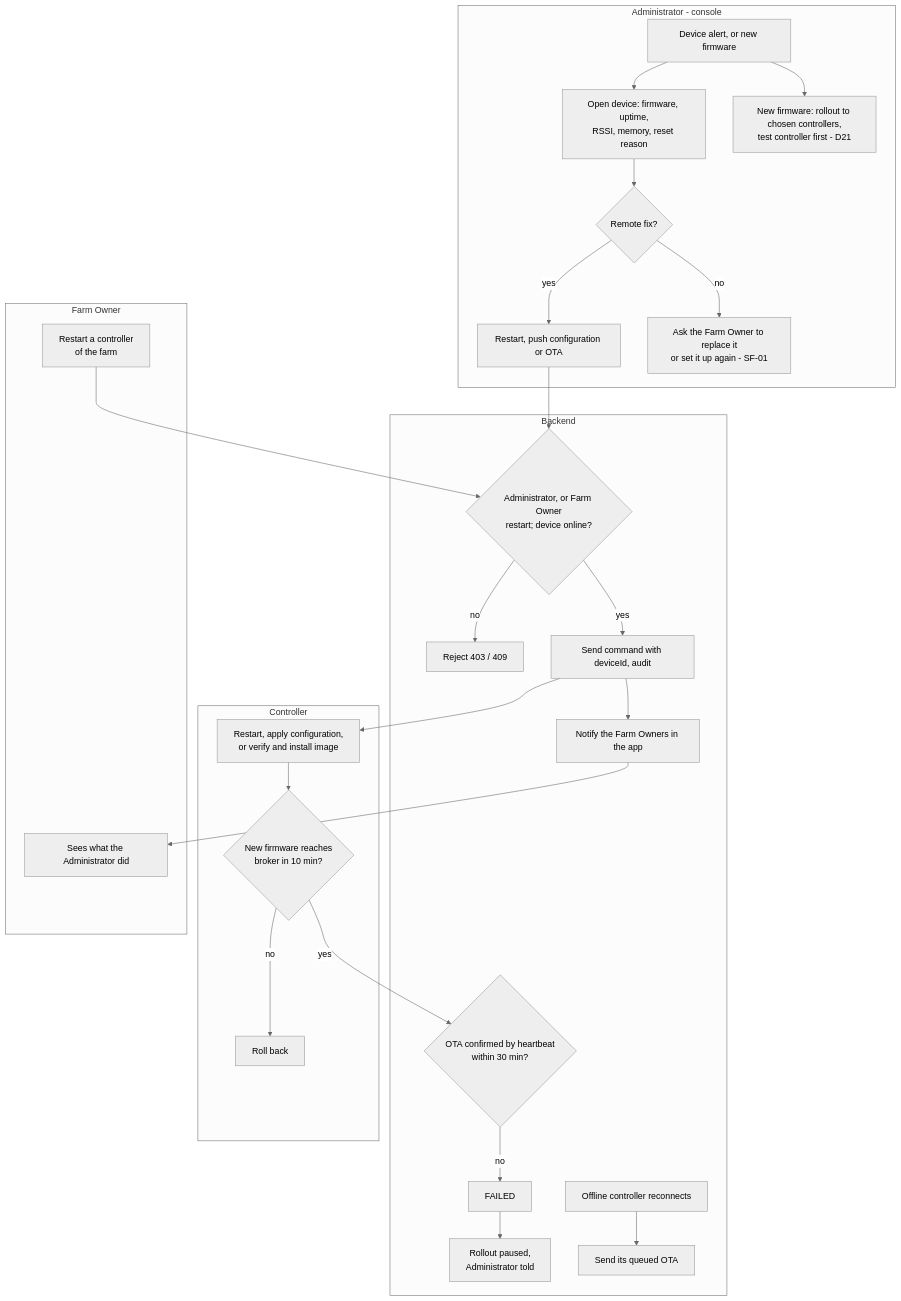
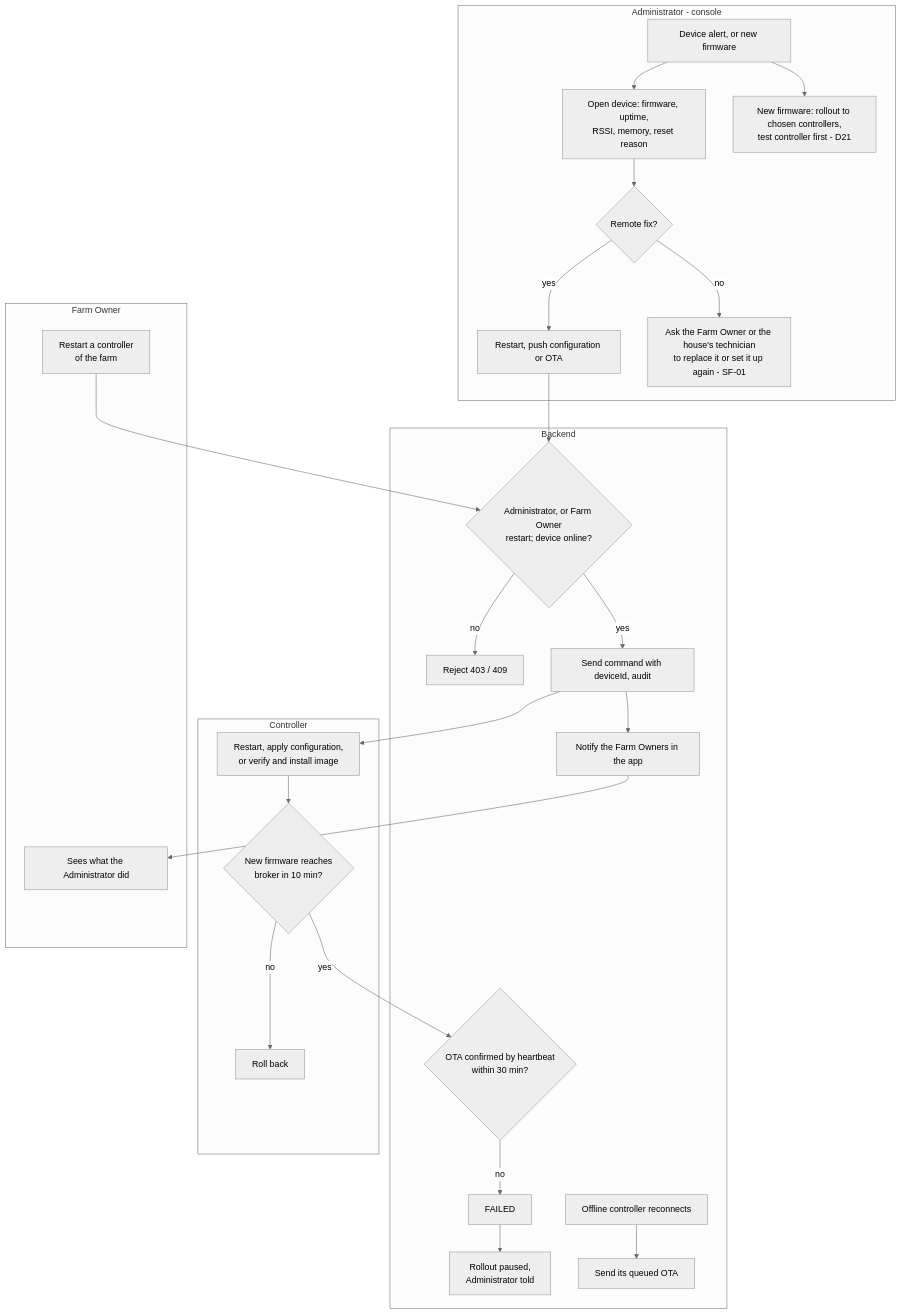
One commit to NBao261/SwiftletCare_KLTN changed diagram 38 of 40 in docs/reports/report4-sdd.md. Above: the diagram before and after it, drawn with Mermaid (neutral theme). The commit also changed other lines of this file and 6 other files, not shown here.

First line of the commit message:
docs(reports): let the Farm Technician set up, move and remove devices

````diff
--- a/docs/reports/report4-sdd.md
+++ b/docs/reports/report4-sdd.md
@@ -1784,31 +1784,31 @@
 ```mermaid
 flowchart TB
   subgraph T[Administrator - console]
     T0[Device alert, or new firmware] --> T1[Open device: firmware, uptime,<br/>RSSI, memory, reset reason]
     T1 --> T2{Remote fix?}
     T2 -- yes --> T3[Restart, push configuration or OTA]
     T0 --> T5[New firmware: rollout to chosen controllers,<br/>test controller first - D21]
-    T2 -- no --> T4[Ask the Farm Owner to replace it<br/>or set it up again - SF-01]
+    T2 -- no --> T4[Ask the Farm Owner or the house's technician<br/>to replace it or set it up again - SF-01]
   end
   subgraph B[Backend]
     B1{Administrator, or Farm Owner<br/>restart; device online?} -- no --> B2[Reject 403 / 409]
     B1 -- yes --> B3[Send command with deviceId, audit]
     B3 --> B4[Notify the Farm Owners in the app]
     B5{OTA confirmed by heartbeat<br/>within 30 min?} -- no --> B6[FAILED]
     B6 --> B7[Rollout paused,<br/>Administrator told]
     B8[Offline controller reconnects] --> B9[Send its queued OTA]
   end
   subgraph C[Controller]
     C1[Restart, apply configuration,<br/>or verify and install image]
     C1 --> C2{New firmware reaches<br/>broker in 10 min?} -- no --> C3[Roll back]
   end
   subgraph O[Farm Owner]
     O0[Restart a controller<br/>of the farm]
     O1[Sees what the Administrator did]
   end
   T3 --> B1
   O0 --> B1
   B3 --> C1
   C2 -- yes --> B5
   B4 --> O1
 ```
````
